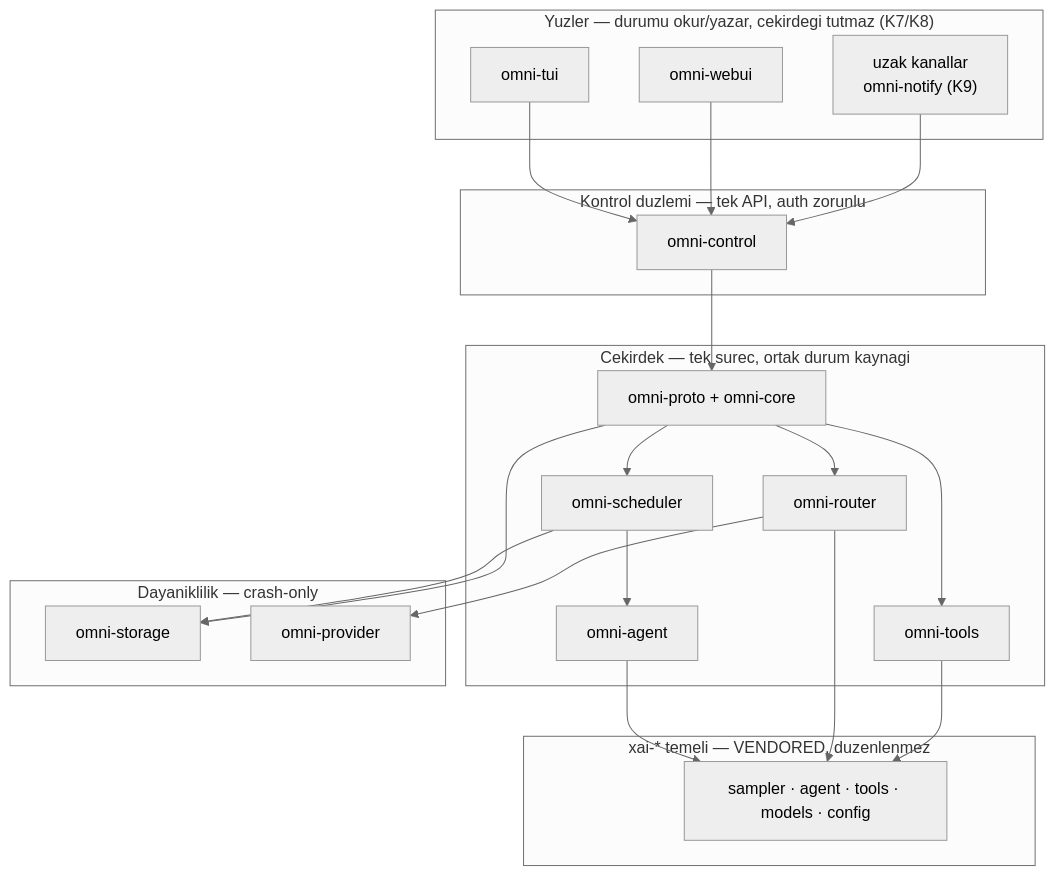
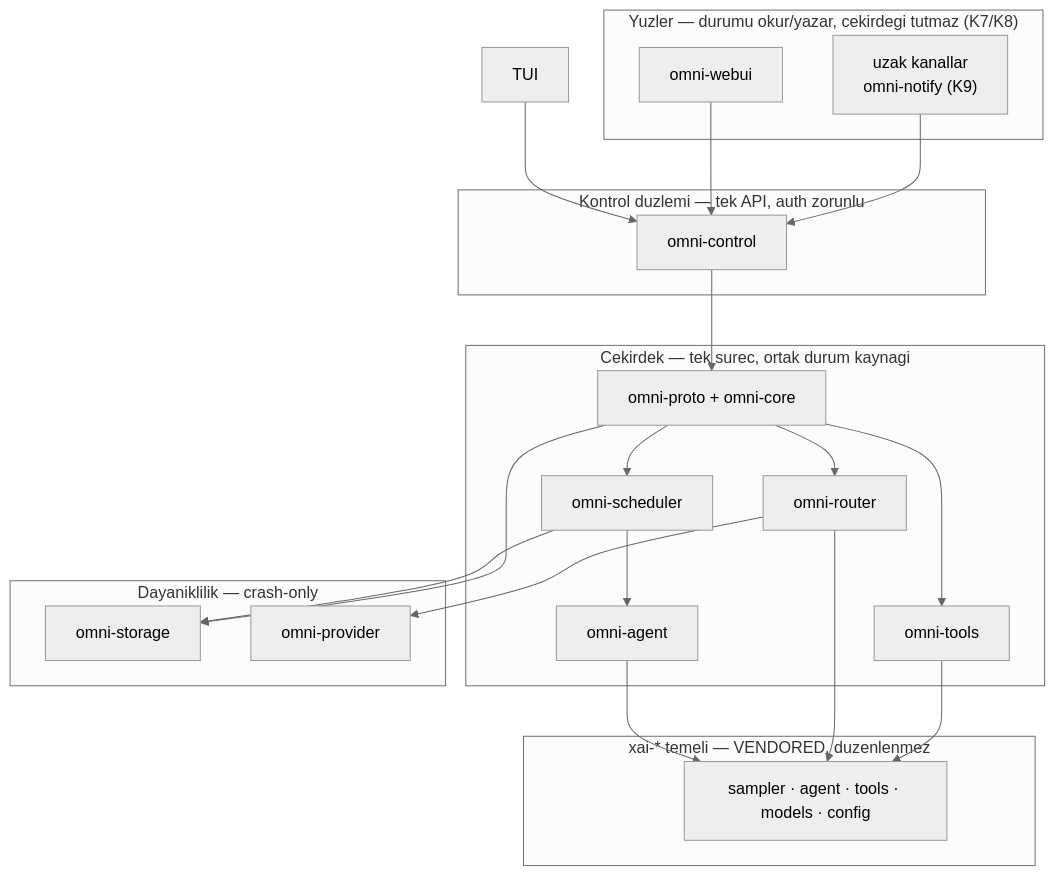
The diagram in docs/ARCHITECTURE.md (void0x14/omnitrix), drawn with Mermaid (neutral theme) before and after one commit. The commit also changed other lines of this file and 51 other files, not shown here.

````diff
--- a/docs/ARCHITECTURE.md
+++ b/docs/ARCHITECTURE.md
@@ -33,44 +33,43 @@
 ```mermaid
 flowchart TB
     subgraph Faces["Yuzler — durumu okur/yazar, cekirdegi tutmaz (K7/K8)"]
-        TUI["omni-tui"]
         WEB["omni-webui"]
         REMOTE["uzak kanallar<br/>omni-notify (K9)"]
     end
 
     subgraph Control["Kontrol duzlemi — tek API, auth zorunlu"]
         CTRL["omni-control"]
     end
 
     subgraph Core["Cekirdek — tek surec, ortak durum kaynagi"]
         STATE["omni-proto + omni-core"]
         SCHED["omni-scheduler"]
         ROUTER["omni-router"]
         TOOLS["omni-tools"]
         AGENT["omni-agent"]
     end
 
     subgraph Foundation["xai-* temeli — VENDORED, duzenlenmez"]
         XAI["sampler · agent · tools · models · config"]
     end
 
     subgraph Durability["Dayaniklilik — crash-only"]
         STORAGE["omni-storage"]
         PROVIDER["omni-provider"]
     end
 
     TUI --> CTRL
     WEB --> CTRL
     REMOTE --> CTRL
     CTRL --> STATE
     STATE --> SCHED
     STATE --> ROUTER
     STATE --> TOOLS
     SCHED --> AGENT
     AGENT --> XAI
     ROUTER --> XAI
     TOOLS --> XAI
     SCHED --> STORAGE
     STATE --> STORAGE
     ROUTER --> PROVIDER
 ```
````
